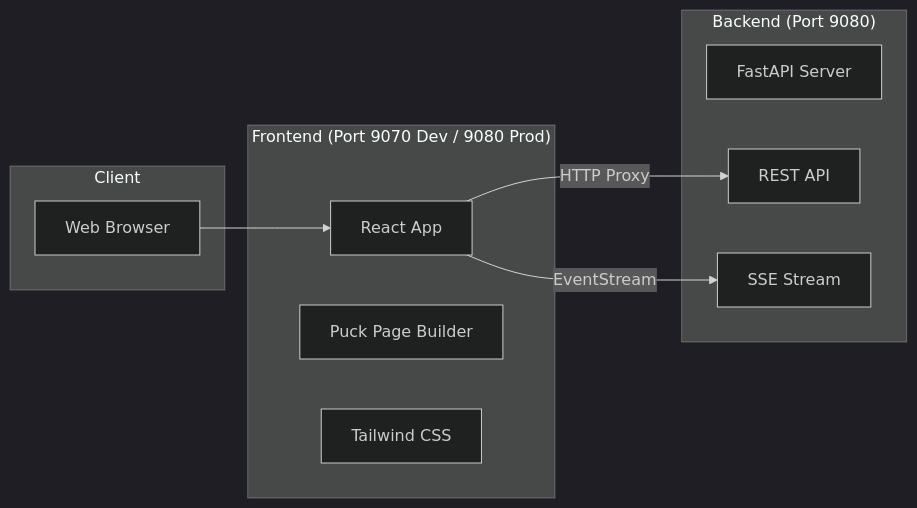
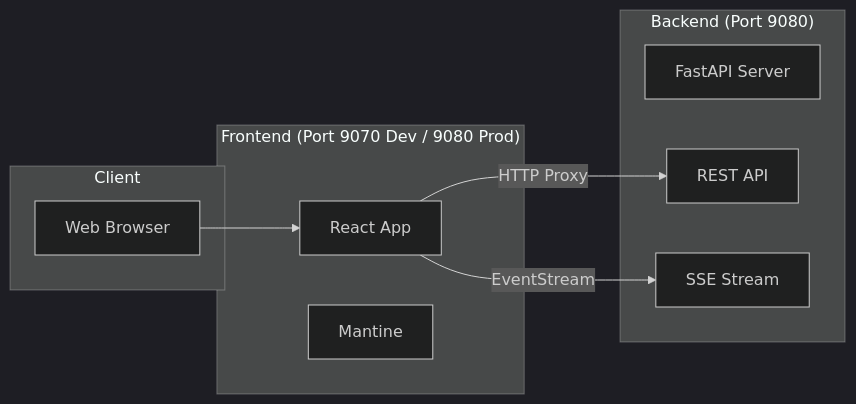
Before and after one commit to lamnguyenx/NotifyHub: the first of 3 diagrams in README.md, drawn with Mermaid (dark theme). The commit also changed other lines of this file and 16 other files, not shown here.

Commit message:
Migrate from TailwindCSS to Mantine UI with dark theme support

````diff
--- a/README.md
+++ b/README.md
@@ -29,23 +29,22 @@
 ```mermaid
 graph LR
     subgraph Client
         Browser[Web Browser]
     end
 
     subgraph "Frontend (Port 9070 Dev / 9080 Prod)"
         React[React App]
-        Puck[Puck Page Builder]
-        Tailwind[Tailwind CSS]
+        Mantine[Mantine]
     end
 
     subgraph "Backend (Port 9080)"
         FastAPI[FastAPI Server]
         API[REST API]
         SSE[SSE Stream]
     end
 
     Browser --> React
     React -- HTTP Proxy --> API
     React -- EventStream --> SSE
 
 ```
````
